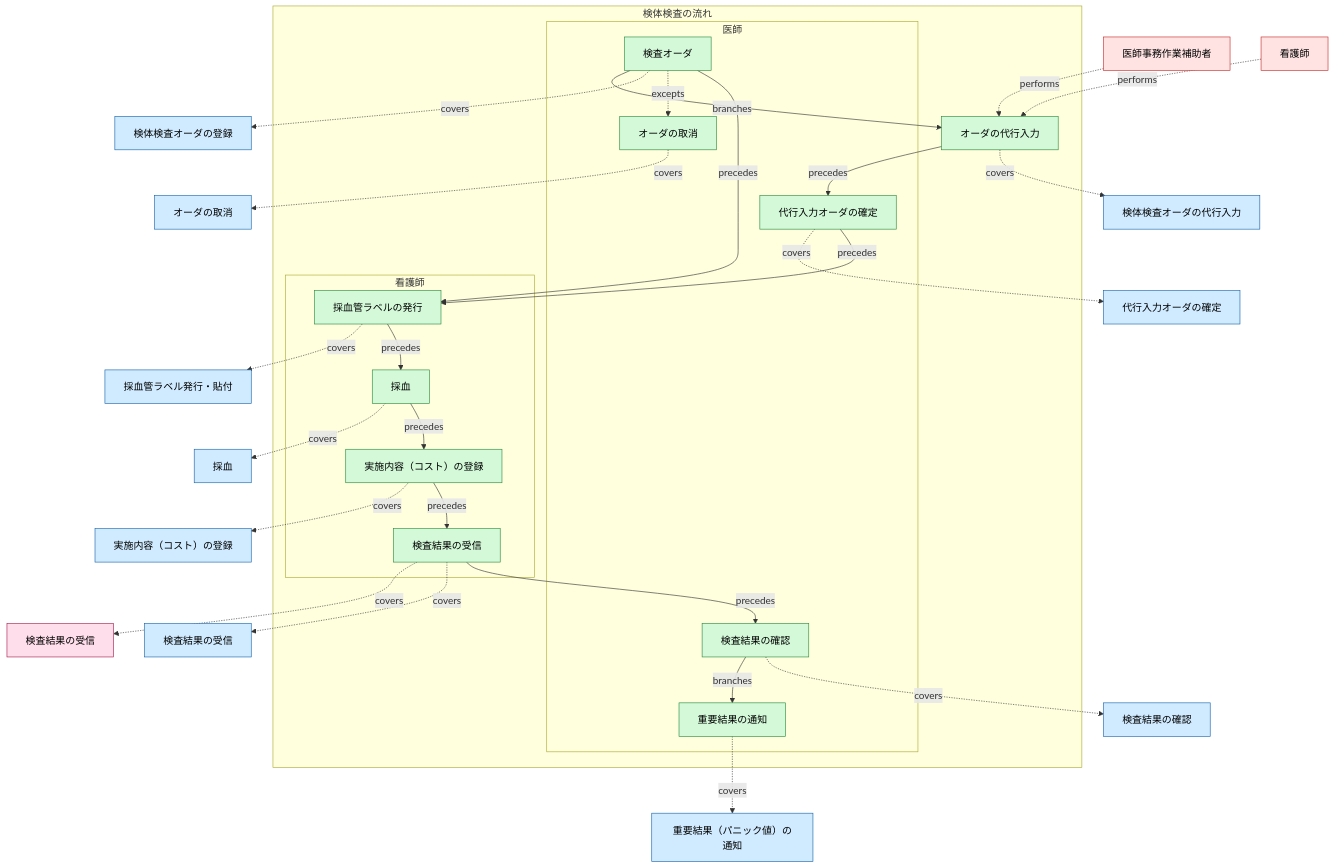
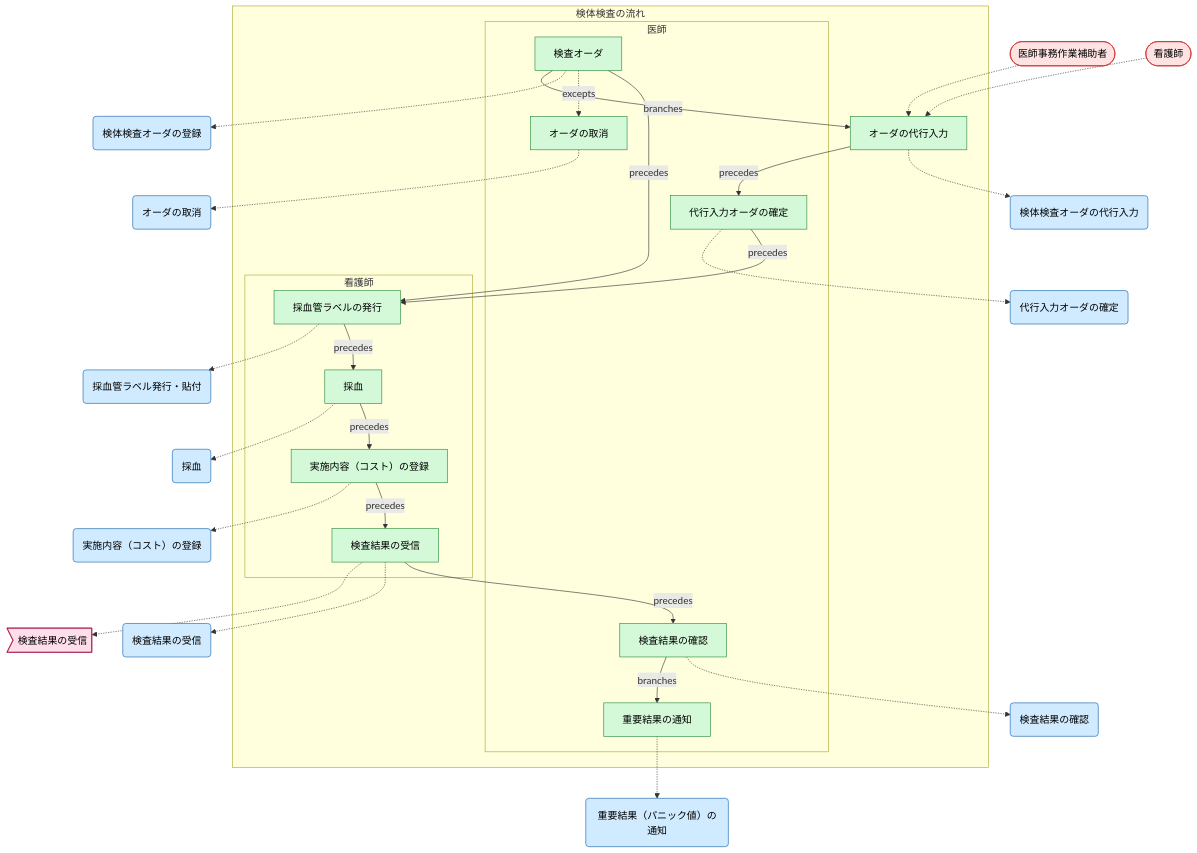
Before and after one commit to manji-0/rdra-ish-dsl: the eighth of 12 diagrams in samples/clinic-ops/prd.md, drawn with Mermaid. The commit also changed other lines of this file and 95 other files, not shown here.

````diff
--- a/samples/clinic-ops/prd.md
+++ b/samples/clinic-ops/prd.md
@@ -618,78 +618,78 @@
 ```mermaid
 %% rdra-ish diagram=flow scope=buc:BucOrdersResults model=samples/clinic-ops
 %% kinds: flow step lane actor usecase event
 %% omitted: buc
 flowchart TD
   subgraph flow__LabOrderFlow["検体検査の流れ"]
     step__ProxyOrderStep["オーダの代行入力"]:::step
     subgraph lane__LabOrderFlow__Clinician["医師"]
       %% lane lane__LabOrderFlow__Clinician: actor__Clinician
       step__ConfirmOrderStep["代行入力オーダの確定"]:::step
       step__CriticalStep["重要結果の通知"]:::step
       step__LabOrderStep["検査オーダ"]:::step
       step__OrderCancelStep["オーダの取消"]:::step
       step__ResultReviewStep["検査結果の確認"]:::step
     end
     subgraph lane__LabOrderFlow__Nurse["看護師"]
       %% lane lane__LabOrderFlow__Nurse: actor__Nurse
       step__CollectStep["採血"]:::step
       step__CostStep["実施内容（コスト）の登録"]:::step
       step__LabResultStep["検査結果の受信"]:::step
       step__LabelStep["採血管ラベルの発行"]:::step
     end
   end
-  actor__MedicalClerk["医師事務作業補助者"]:::actor
+  actor__MedicalClerk(["医師事務作業補助者"]):::actor
   %% desc actor__MedicalClerk: 医師の指示で電子カルテへ代行入力する。確定は医師が行う。
-  actor__Nurse["看護師"]:::actor
+  actor__Nurse(["看護師"]):::actor
   %% desc actor__Nurse: 医師の指示の下で診療の補助を行う。
-  usecase__CancelClinicalOrder["オーダの取消"]:::usecase
+  usecase__CancelClinicalOrder("オーダの取消"):::usecase
   %% desc usecase__CancelClinicalOrder: オーダ取消。
-  usecase__CollectSpecimen["採血"]:::usecase
+  usecase__CollectSpecimen("採血"):::usecase
   %% desc usecase__CollectSpecimen: 医師が確定したオーダだけを採取する。
-  usecase__ConfirmProxyOrder["代行入力オーダの確定"]:::usecase
+  usecase__ConfirmProxyOrder("代行入力オーダの確定"):::usecase
   %% desc usecase__ConfirmProxyOrder: 医師による代行入力オーダの確定。
-  usecase__EnterProxyOrder["検体検査オーダの代行入力"]:::usecase
+  usecase__EnterProxyOrder("検体検査オーダの代行入力"):::usecase
   %% desc usecase__EnterProxyOrder: 代行入力オーダは未確定で作られる。
-  usecase__NotifyCriticalResult["重要結果（パニック値）の通知"]:::usecase
+  usecase__NotifyCriticalResult("重要結果（パニック値）の通知"):::usecase
   %% desc usecase__NotifyCriticalResult: 重要結果の患者通知。
-  usecase__PlaceLabOrder["検体検査オーダの登録"]:::usecase
+  usecase__PlaceLabOrder("検体検査オーダの登録"):::usecase
   %% desc usecase__PlaceLabOrder: 医師が登録したオーダは確定済み。
-  usecase__PrintSpecimenLabel["採血管ラベル発行・貼付"]:::usecase
+  usecase__PrintSpecimenLabel("採血管ラベル発行・貼付"):::usecase
   %% desc usecase__PrintSpecimenLabel: 採血管ラベルの発行（参照のみ）。
-  usecase__ReceiveLabResult["検査結果の受信"]:::usecase
+  usecase__ReceiveLabResult("検査結果の受信"):::usecase
   %% desc usecase__ReceiveLabResult: 外注検査システムからの結果受信。
-  usecase__RegisterPerformedProcedure["実施内容（コスト）の登録"]:::usecase
+  usecase__RegisterPerformedProcedure("実施内容（コスト）の登録"):::usecase
   %% desc usecase__RegisterPerformedProcedure: 実施内容（コスト）の登録。
-  usecase__ReviewLabResult["検査結果の確認"]:::usecase
+  usecase__ReviewLabResult("検査結果の確認"):::usecase
   %% desc usecase__ReviewLabResult: 結果確認と後続通知の起点。
-  event__EvLabResultReceived["検査結果の受信"]:::event
-  actor__MedicalClerk -.->|performs| step__ProxyOrderStep
-  actor__Nurse -.->|performs| step__ProxyOrderStep
-  step__CollectStep -.->|covers| usecase__CollectSpecimen
+  event__EvLabResultReceived>"検査結果の受信"]:::event
+  actor__MedicalClerk -.-> step__ProxyOrderStep
+  actor__Nurse -.-> step__ProxyOrderStep
+  step__CollectStep -.-> usecase__CollectSpecimen
   step__CollectStep -->|precedes| step__CostStep
-  step__ConfirmOrderStep -.->|covers| usecase__ConfirmProxyOrder
+  step__ConfirmOrderStep -.-> usecase__ConfirmProxyOrder
   step__ConfirmOrderStep -->|precedes| step__LabelStep
-  step__CostStep -.->|covers| usecase__RegisterPerformedProcedure
+  step__CostStep -.-> usecase__RegisterPerformedProcedure
   step__CostStep -->|precedes| step__LabResultStep
-  step__CriticalStep -.->|covers| usecase__NotifyCriticalResult
+  step__CriticalStep -.-> usecase__NotifyCriticalResult
   step__LabOrderStep -->|branches| step__ProxyOrderStep
-  step__LabOrderStep -.->|covers| usecase__PlaceLabOrder
+  step__LabOrderStep -.-> usecase__PlaceLabOrder
   step__LabOrderStep -.->|excepts| step__OrderCancelStep
   step__LabOrderStep -->|precedes| step__LabelStep
-  step__LabResultStep -.->|covers| event__EvLabResultReceived
-  step__LabResultStep -.->|covers| usecase__ReceiveLabResult
+  step__LabResultStep -.-> event__EvLabResultReceived
+  step__LabResultStep -.-> usecase__ReceiveLabResult
   step__LabResultStep -->|precedes| step__ResultReviewStep
-  step__LabelStep -.->|covers| usecase__PrintSpecimenLabel
+  step__LabelStep -.-> usecase__PrintSpecimenLabel
   step__LabelStep -->|precedes| step__CollectStep
-  step__OrderCancelStep -.->|covers| usecase__CancelClinicalOrder
-  step__ProxyOrderStep -.->|covers| usecase__EnterProxyOrder
+  step__OrderCancelStep -.-> usecase__CancelClinicalOrder
+  step__ProxyOrderStep -.-> usecase__EnterProxyOrder
   step__ProxyOrderStep -->|precedes| step__ConfirmOrderStep
   step__ResultReviewStep -->|branches| step__CriticalStep
-  step__ResultReviewStep -.->|covers| usecase__ReviewLabResult
+  step__ResultReviewStep -.-> usecase__ReviewLabResult
   classDef flow fill:#d3f9d8,stroke:#2b8a3e,color:#000;
   classDef step fill:#d3f9d8,stroke:#2b8a3e,color:#000;
   classDef lane fill:#d3f9d8,stroke:#2b8a3e,color:#000;
   classDef actor fill:#ffe3e3,stroke:#c92a2a,color:#000;
   classDef usecase fill:#d0ebff,stroke:#1864ab,color:#000;
   classDef event fill:#ffdeeb,stroke:#a61e4d,color:#000;
 ```
````
